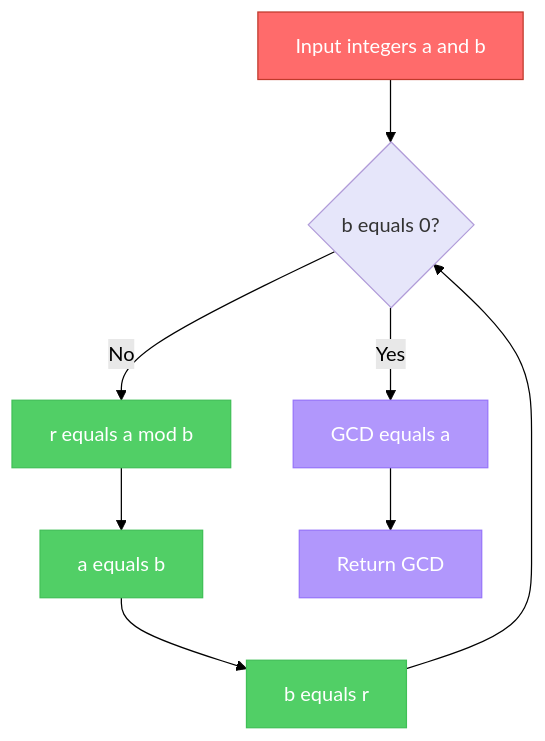
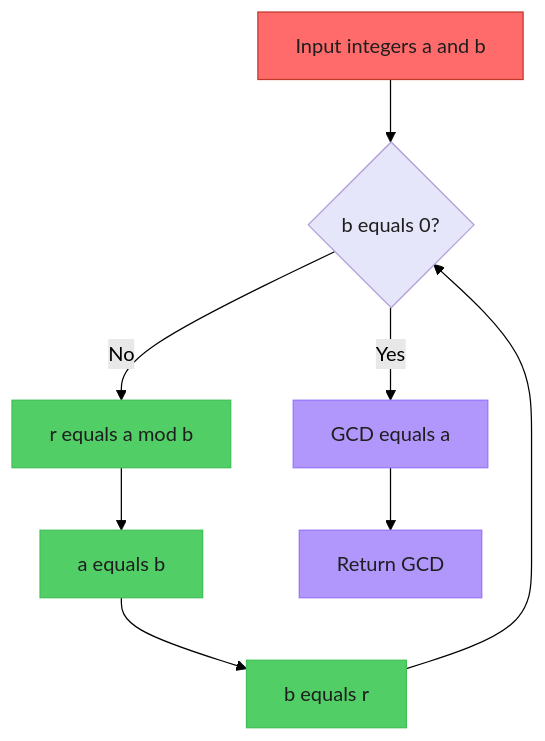
One commit to garywelz/progframe changed the first of 8 diagrams in collaborations/mathematics-database/algorithms-axiomatic-theories-proofs-revised.md. Above: the diagram before and after it, drawn with Mermaid (forest theme). The commit also changed other lines of this file and 12 other files, not shown here.

First line of the commit message:
Fix invisible figure labels: dark text on GLMP fills

````diff
--- a/collaborations/mathematics-database/algorithms-axiomatic-theories-proofs-revised.md
+++ b/collaborations/mathematics-database/algorithms-axiomatic-theories-proofs-revised.md
@@ -124,20 +124,20 @@
 ```mermaid
 flowchart TD
     A["Input integers a and b"] --> B{"b equals 0?"}
     B -->|Yes| C["GCD equals a"]
     B -->|No| D["r equals a mod b"]
     D --> E["a equals b"]
     E --> F["b equals r"]
     F --> B
     C --> G["Return GCD"]
-    classDef red fill:#ff6b6b,color:#fff,stroke:#c0392b
-    classDef yellow fill:#ffd43b,color:#000,stroke:#f59f00
-    classDef green fill:#51cf66,color:#fff,stroke:#40c057
-    classDef lightblue fill:#74c0fc,color:#fff,stroke:#4dabf7
-    classDef violet fill:#b197fc,color:#fff,stroke:#9775fa
-    classDef lavender fill:#e6e6fa,color:#333,stroke:#b19cd9
+    classDef red fill:#ff6b6b,color:#1e1e1e,stroke:#c0392b
+    classDef yellow fill:#ffd43b,color:#1e1e1e,stroke:#f59f00
+    classDef green fill:#51cf66,color:#1e1e1e,stroke:#40c057
+    classDef lightblue fill:#74c0fc,color:#1e1e1e,stroke:#4dabf7
+    classDef violet fill:#b197fc,color:#1e1e1e,stroke:#9775fa
+    classDef lavender fill:#e6e6fa,color:#1e1e1e,stroke:#b19cd9
     class A red
     class B lavender
     class C,G violet
     class D,E,F green
 ```
````
